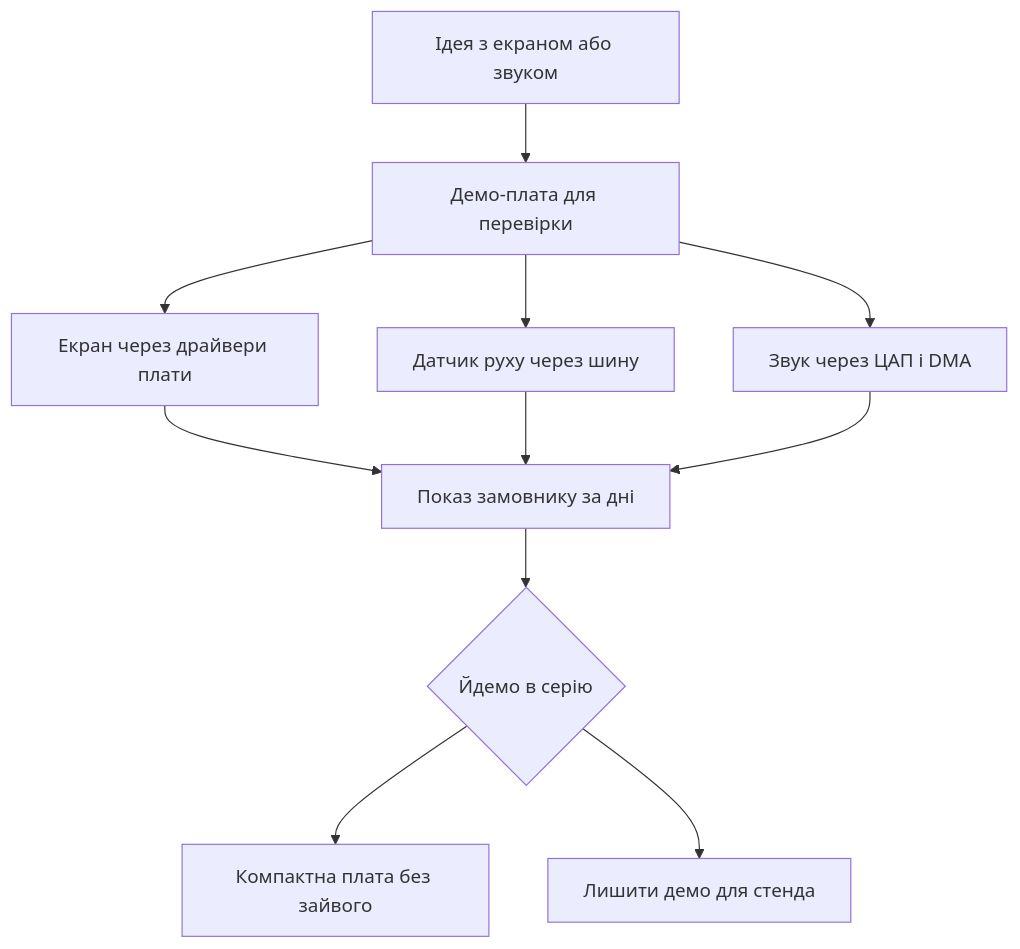
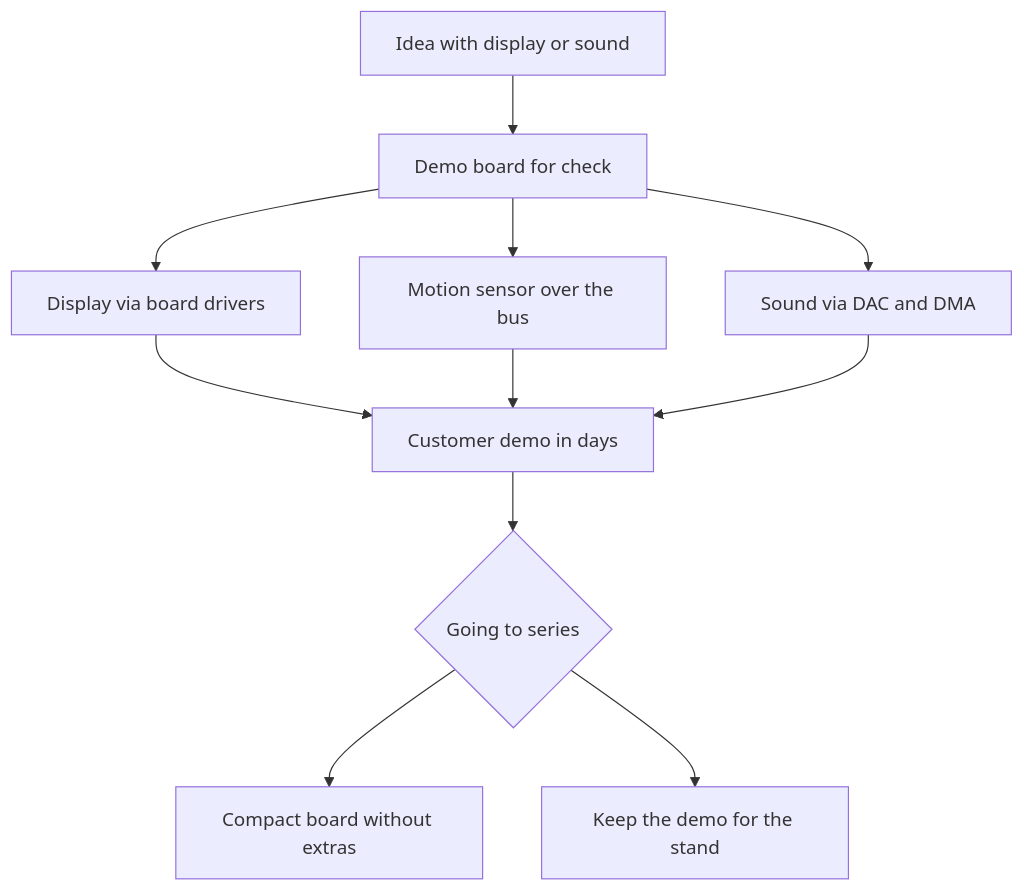
Before and after one commit to ksalab/embedded-reference: the diagram in obsidian_vault/STM32-Reference/EN/14-Devboards/04-Discovery.en.md, drawn with Mermaid. The commit also changed other lines of this file and 76 other files, not shown here.

````diff
--- a/obsidian_vault/STM32-Reference/EN/14-Devboards/04-Discovery.en.md
+++ b/obsidian_vault/STM32-Reference/EN/14-Devboards/04-Discovery.en.md
@@ -175,14 +174,14 @@
 ```mermaid
 flowchart TB
-    Start[Ідея з екраном або звуком]
-    Start --> Demo[Демо-плата для перевірки]
-    Demo --> Lcd[Екран через драйвери плати]
-    Demo --> Motion[Датчик руху через шину]
-    Demo --> Sound[Звук через ЦАП і DMA]
-    Lcd --> Show[Показ замовнику за дні]
+    Start[Idea with display or sound]
+    Start --> Demo[Demo board for check]
+    Demo --> Lcd[Display via board drivers]
+    Demo --> Motion[Motion sensor over the bus]
+    Demo --> Sound[Sound via DAC and DMA]
+    Lcd --> Show[Customer demo in days]
     Motion --> Show
     Sound --> Show
-    Show --> Series{Йдемо в серію}
-    Series --> Compact[Компактна плата без зайвого]
-    Series --> Stay[Лишити демо для стенда]
+    Show --> Series{Going to series}
+    Series --> Compact[Compact board without extras]
+    Series --> Stay[Keep the demo for the stand]
 ```
````
